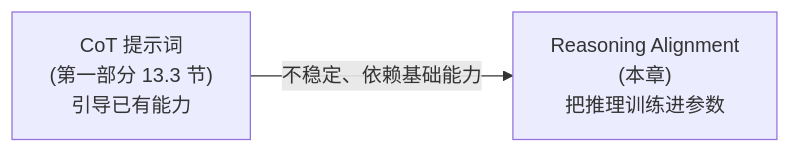
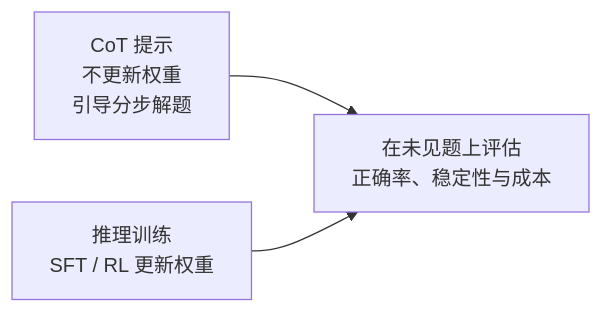
The first of 3 diagrams in 2. Alignment 与训练工程/6. Reasoning Alignment——推理能力的训练与对齐.md (AI-learning-simple/Build-Your-Own-LLM), drawn with Mermaid before and after one commit. The commit also changed other lines of this file and 27 other files, not shown here.

````diff
--- a/2. Alignment 与训练工程/6. Reasoning Alignment——推理能力的训练与对齐.md
+++ b/2. Alignment 与训练工程/6. Reasoning Alignment——推理能力的训练与对齐.md
@@ -32,4 +26,5 @@
 ```mermaid
 flowchart LR
-    A["CoT 提示词<br/>(第一部分 13.3 节)<br/>引导已有能力"] -->|"不稳定、依赖基础能力"| B["Reasoning Alignment<br/>(本章)<br/>把推理训练进参数"]
+    A["CoT 提示<br/>不更新权重<br/>引导分步解题"] --> C["在未见题上评估<br/>正确率、稳定性与成本"]
+    B["推理训练<br/>SFT / RL 更新权重"] --> C
 ```
````
